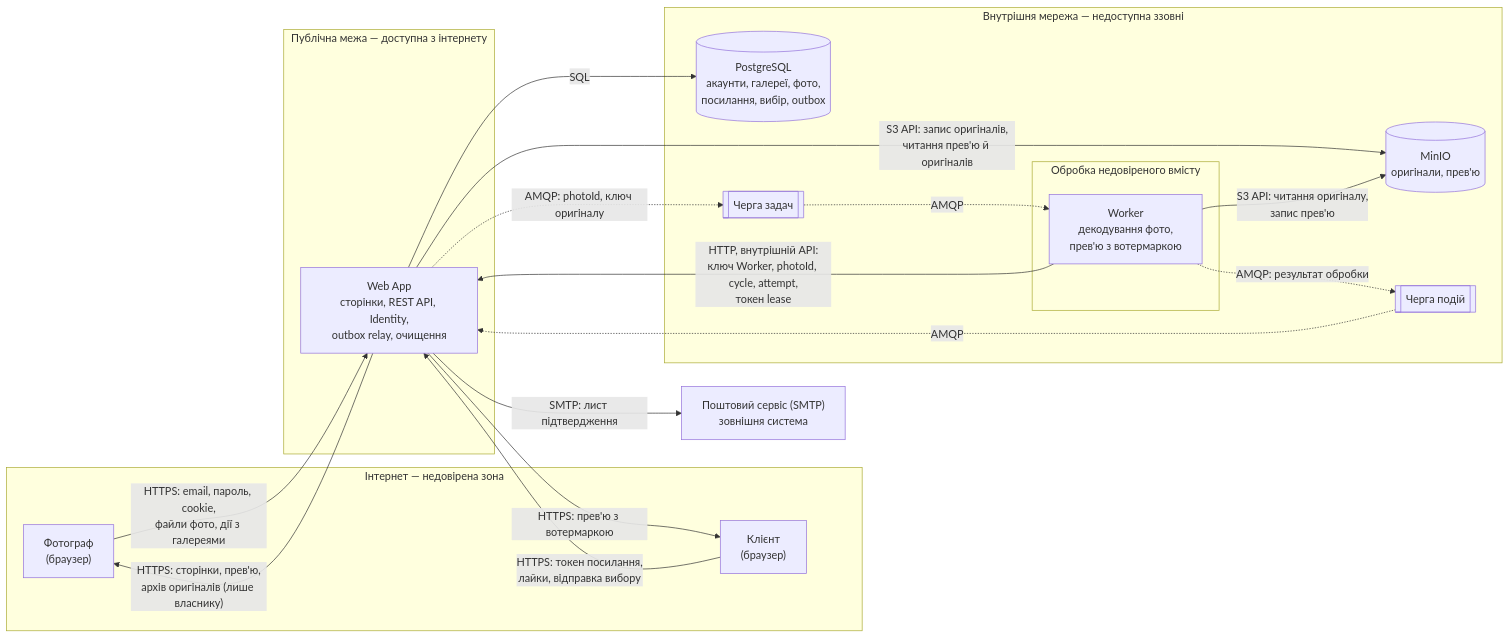
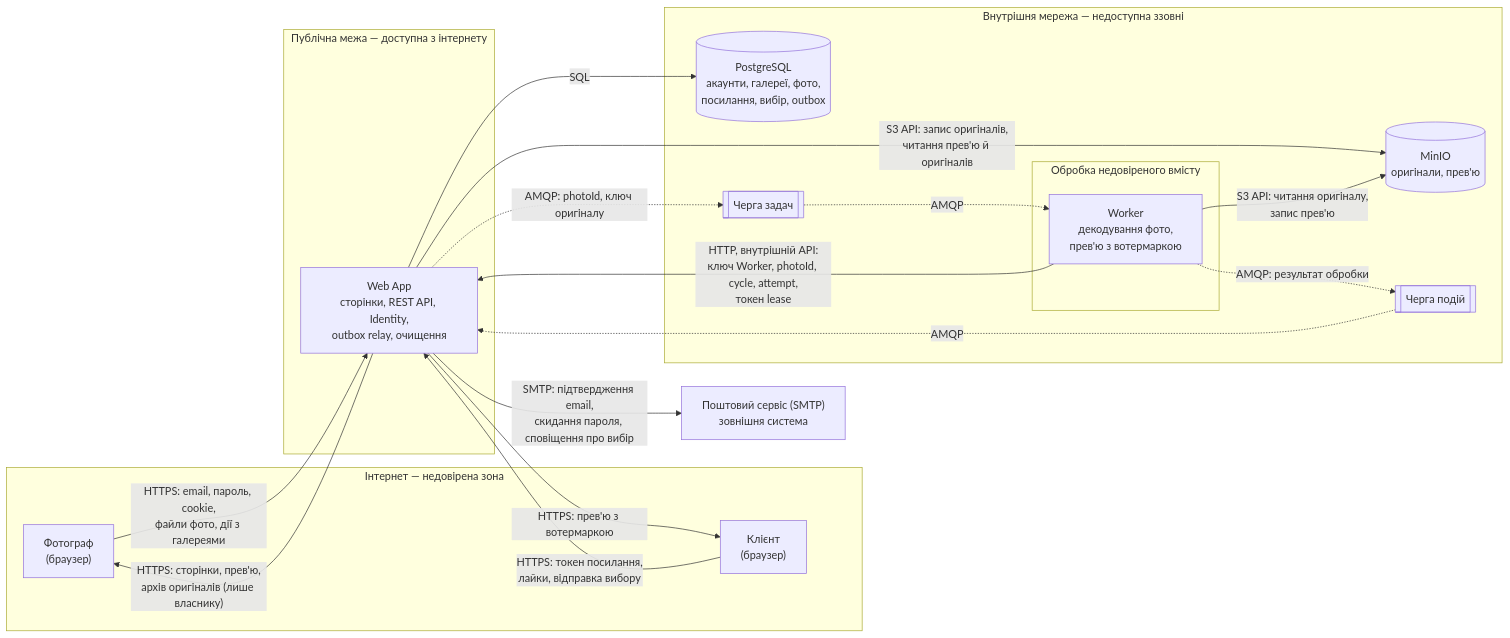
One commit to alonasaienko/picpick changed the diagram in docs/09-security/README.md. Above: the diagram before and after it, drawn with Mermaid. The commit also changed other lines of this file and 3 other files, not shown here.

````diff
--- a/docs/09-security/README.md
+++ b/docs/09-security/README.md
@@ -15,37 +19,37 @@
 ```mermaid
 flowchart LR
     subgraph internet["Інтернет — недовірена зона"]
         photographer["Фотограф<br/>(браузер)"]
         client["Клієнт<br/>(браузер)"]
     end
 
     subgraph public["Публічна межа — доступна з інтернету"]
         webapp["Web App<br/>сторінки, REST API, Identity,<br/>outbox relay, очищення"]
     end
 
     subgraph internal["Внутрішня мережа — недоступна ззовні"]
         postgres[("PostgreSQL<br/>акаунти, галереї, фото,<br/>посилання, вибір, outbox")]
         minio[("MinIO<br/>оригінали, прев'ю")]
         tasks[["Черга задач"]]
         events[["Черга подій"]]
         subgraph untrusted["Обробка недовіреного вмісту"]
             worker["Worker<br/>декодування фото,<br/>прев'ю з вотермаркою"]
         end
     end
 
     smtp["Поштовий сервіс (SMTP)<br/>зовнішня система"]
 
     photographer -- "HTTPS: email, пароль, cookie,<br/>файли фото, дії з галереями" --> webapp
     client -- "HTTPS: токен посилання,<br/>лайки, відправка вибору" --> webapp
     webapp -- "HTTPS: сторінки, прев'ю,<br/>архів оригіналів (лише власнику)" --> photographer
     webapp -- "HTTPS: прев'ю з вотермаркою" --> client
     webapp -- "SQL" --> postgres
     webapp -- "S3 API: запис оригіналів,<br/>читання прев'ю й оригіналів" --> minio
     webapp -. "AMQP: photoId, ключ оригіналу" .-> tasks
     tasks -. "AMQP" .-> worker
     worker -- "S3 API: читання оригіналу,<br/>запис прев'ю" --> minio
     worker -. "AMQP: результат обробки" .-> events
     worker -- "HTTP, внутрішній API:<br/>ключ Worker, photoId, cycle, attempt,<br/>токен lease" --> webapp
     events -. "AMQP" .-> webapp
-    webapp -- "SMTP: лист підтвердження" --> smtp
+    webapp -- "SMTP: підтвердження email,<br/>скидання пароля, сповіщення про вибір" --> smtp
 ```
````
